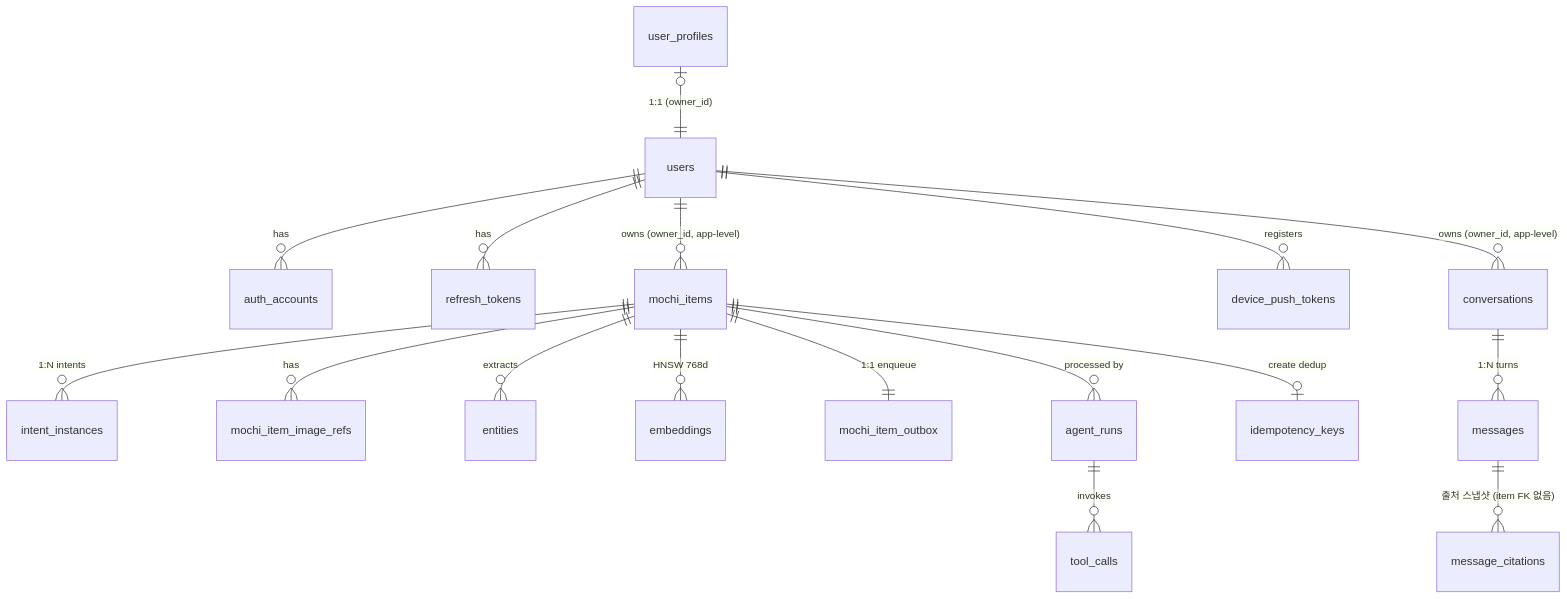
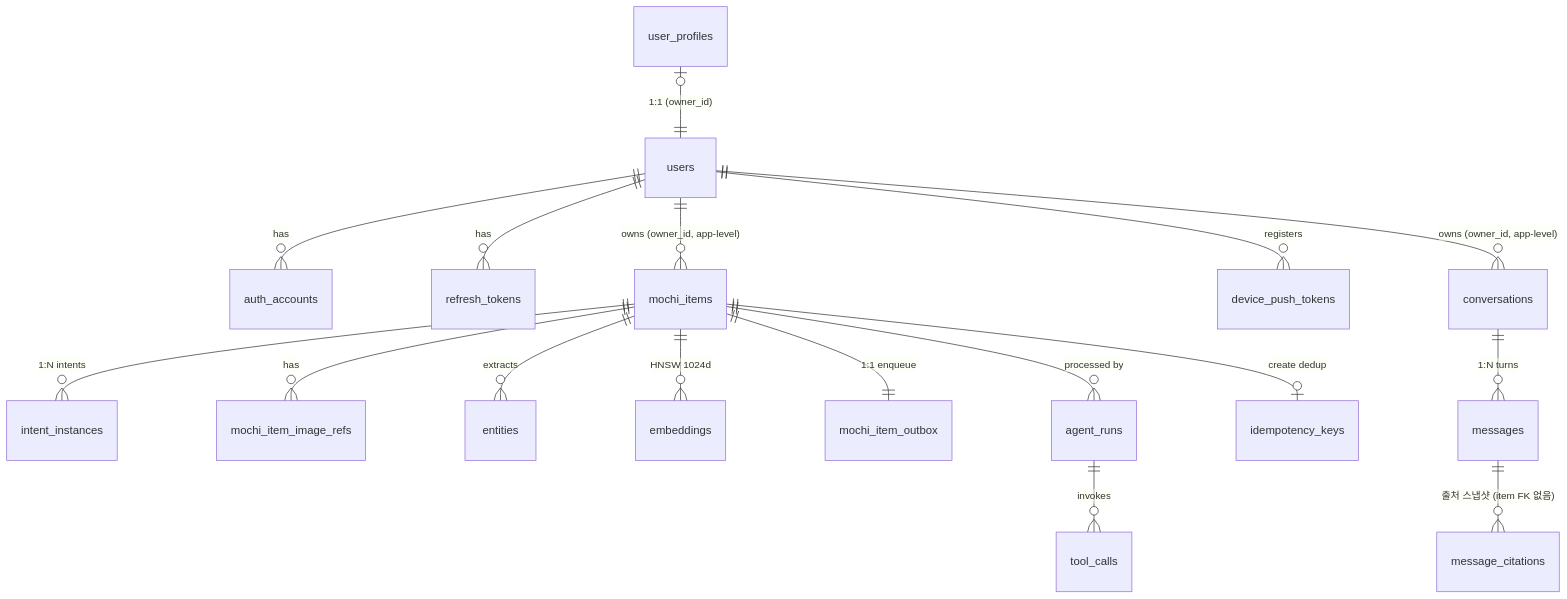
The diagram in docs/DOMAIN_DESIGN.md (dku-mochi/mochi), drawn with Mermaid before and after one commit. The commit also changed other lines of this file and 46 other files, not shown here.

````diff
--- a/docs/DOMAIN_DESIGN.md
+++ b/docs/DOMAIN_DESIGN.md
@@ -90,21 +90,21 @@
 ```mermaid
 erDiagram
     users ||--o{ auth_accounts : has
     users ||--o{ refresh_tokens : has
     users ||--o{ mochi_items : "owns (owner_id, app-level)"
     users ||--o{ device_push_tokens : registers
     user_profiles |o--|| users : "1:1 (owner_id)"
 
     mochi_items ||--o{ intent_instances : "1:N intents"
     mochi_items ||--o{ mochi_item_image_refs : has
     mochi_items ||--o{ entities : extracts
-    mochi_items ||--o{ embeddings : "HNSW 768d"
+    mochi_items ||--o{ embeddings : "HNSW 1024d"
     mochi_items ||--|| mochi_item_outbox : "1:1 enqueue"
     mochi_items ||--o{ agent_runs : "processed by"
     agent_runs  ||--o{ tool_calls : invokes
     mochi_items ||--o| idempotency_keys : "create dedup"
 
     users ||--o{ conversations : "owns (owner_id, app-level)"
     conversations ||--o{ messages : "1:N turns"
     messages ||--o{ message_citations : "출처 스냅샷 (item FK 없음)"
 ```
````
